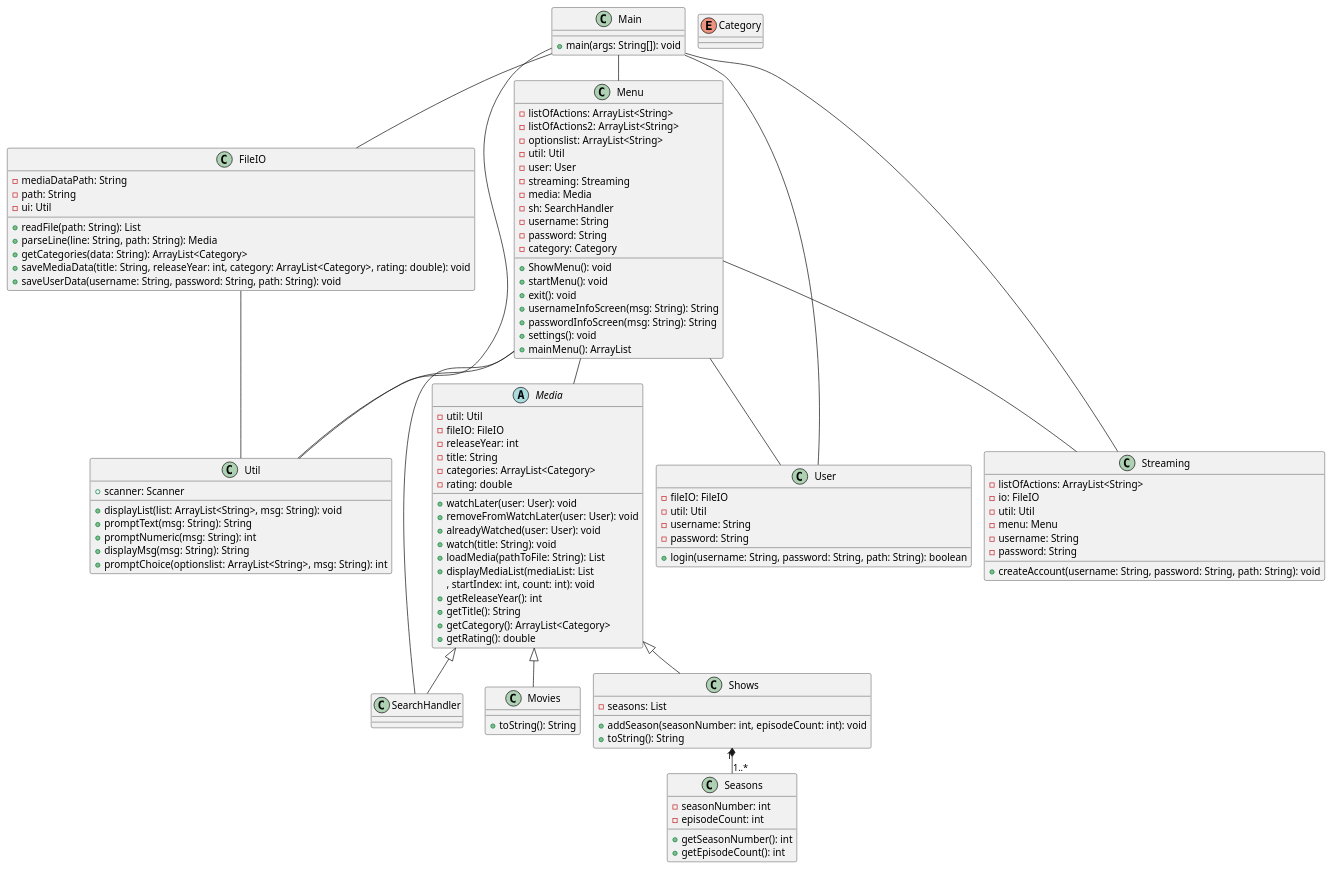
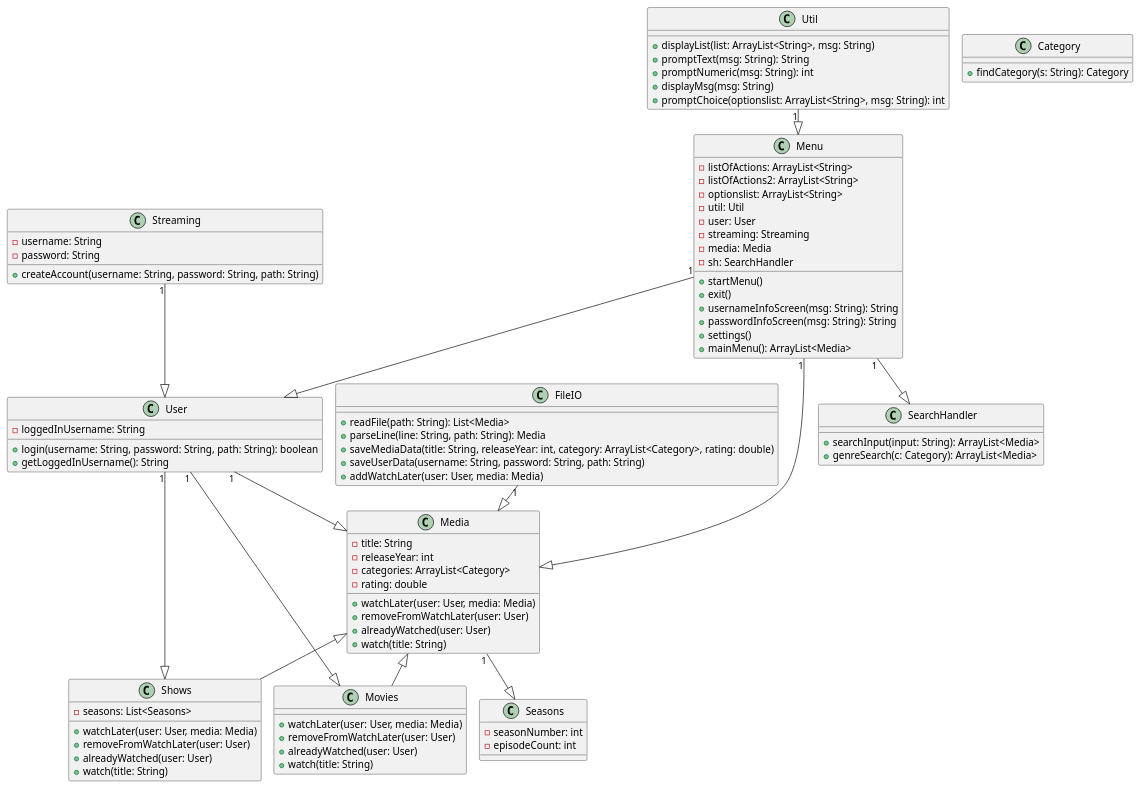
The diagram in Docs/ClassDiagram1.puml (ValdemarLarsen02/SP3GruppeD), drawn with PlantUML before and after one commit. The commit also changed 5 other files, not shown here.

```diff
--- a/Docs/ClassDiagram1.puml
+++ b/Docs/ClassDiagram1.puml
@@ -1,117 +1,105 @@
 @startuml
 !pragma layout smetana
+class User {
+    - loggedInUsername: String
 
-class Main {
-    + main(args: String[]): void
+    + login(username: String, password: String, path: String): boolean
+    + getLoggedInUsername(): String
 }
 
+class Media {
+    - title: String
+    - releaseYear: int
+    - categories: ArrayList<Category>
+    - rating: double
 
+    + watchLater(user: User, media: Media)
+    + removeFromWatchLater(user: User)
+    + alreadyWatched(user: User)
+    + watch(title: String)
+}
+
+class Movies extends Media {
+    + watchLater(user: User, media: Media)
+    + removeFromWatchLater(user: User)
+    + alreadyWatched(user: User)
+    + watch(title: String)
+}
+
+class Shows extends Media {
+    - seasons: List<Seasons>
+
+    + watchLater(user: User, media: Media)
+    + removeFromWatchLater(user: User)
+    + alreadyWatched(user: User)
+    + watch(title: String)
+}
+
+class Seasons {
+    - seasonNumber: int
+    - episodeCount: int
+}
+
+class Category {
+    + findCategory(s: String): Category
+}
+
+class Streaming {
+    - username: String
+    - password: String
+
+    + createAccount(username: String, password: String, path: String)
+}
 
 class FileIO {
-    - mediaDataPath: String
-    - path: String
-    - ui: Util
-    + readFile(path: String): List
+    + readFile(path: String): List<Media>
     + parseLine(line: String, path: String): Media
-    + getCategories(data: String): ArrayList<Category>
-    + saveMediaData(title: String, releaseYear: int, category: ArrayList<Category>, rating: double): void
-    + saveUserData(username: String, password: String, path: String): void
+    + saveMediaData(title: String, releaseYear: int, category: ArrayList<Category>, rating: double)
+    + saveUserData(username: String, password: String, path: String)
+    + addWatchLater(user: User, media: Media)
 }
+
 class Util {
-    + scanner: Scanner
-    + displayList(list: ArrayList<String>, msg: String): void
+    + displayList(list: ArrayList<String>, msg: String)
     + promptText(msg: String): String
     + promptNumeric(msg: String): int
-    + displayMsg(msg: String): String
+    + displayMsg(msg: String)
     + promptChoice(optionslist: ArrayList<String>, msg: String): int
 }
+
 class Menu {
     - listOfActions: ArrayList<String>
     - listOfActions2: ArrayList<String>
     - optionslist: ArrayList<String>
     - util: Util
     - user: User
     - streaming: Streaming
     - media: Media
     - sh: SearchHandler
-    - username: String
-    - password: String
-    - category: Category
-    + ShowMenu(): void
-    + startMenu(): void
-    + exit(): void
+
+    + startMenu()
+    + exit()
     + usernameInfoScreen(msg: String): String
     + passwordInfoScreen(msg: String): String
-    + settings(): void
-    + mainMenu(): ArrayList
-}
-abstract class Media {
-    - util: Util
-    - fileIO: FileIO
-    - releaseYear: int
-    - title: String
-    - categories: ArrayList<Category>
-    - rating: double
-    + watchLater(user: User): void
-    + removeFromWatchLater(user: User): void
-    + alreadyWatched(user: User): void
-    + watch(title: String): void
-    + loadMedia(pathToFile: String): List
-    + displayMediaList(mediaList: List
-    , startIndex: int, count: int): void
-    + getReleaseYear(): int
-    + getTitle(): String
-    + getCategory(): ArrayList<Category>
-    + getRating(): double
-}
-class Movies {
-    + toString(): String
-}
-class Shows {
-    - seasons: List
-    + addSeason(seasonNumber: int, episodeCount: int): void
-    + toString(): String
-}
-enum Category {
-}
-class User {
-    - fileIO: FileIO
-    - util: Util
-    - username: String
-    - password: String
-    + login(username: String, password: String, path: String): boolean
-}
-class Streaming {
-    - listOfActions: ArrayList<String>
-    - io: FileIO
-    - util: Util
-    - menu: Menu
-    - username: String
-    - password: String
-    + createAccount(username: String, password: String, path: String): void
-}
-class Seasons {
-    - seasonNumber: int
-    - episodeCount: int
-    + getSeasonNumber(): int
-    + getEpisodeCount(): int
+    + settings()
+    + mainMenu(): ArrayList<Media>
 }
 
-FileIO -- Util
-Menu -- Util
-Menu -- User
-Menu -- Streaming
-Menu -- Media
-Menu -- SearchHandler
-Media <|-- Movies
-Media <|-- Shows
-Media <|-- SearchHandler
-Shows "1" *-- "1..*" Seasons
-Main -- Menu
-Main -- FileIO
-Main -- Util
-Main -- User
-Main -- Streaming
+class SearchHandler {
+    + searchInput(input: String): ArrayList<Media>
+    + genreSearch(c: Category): ArrayList<Media>
+}
 
 
+User "1" --|> Media
+User "1" --|> Movies
+User "1" --|> Shows
+Media "1" --|> Seasons
+Streaming "1" --|> User
+FileIO "1" --|> Media
+Menu "1" --|> User
+Menu "1" --|> Media
+Menu "1" --|> SearchHandler
+Util "1" --|> Menu
+
 @enduml
```
